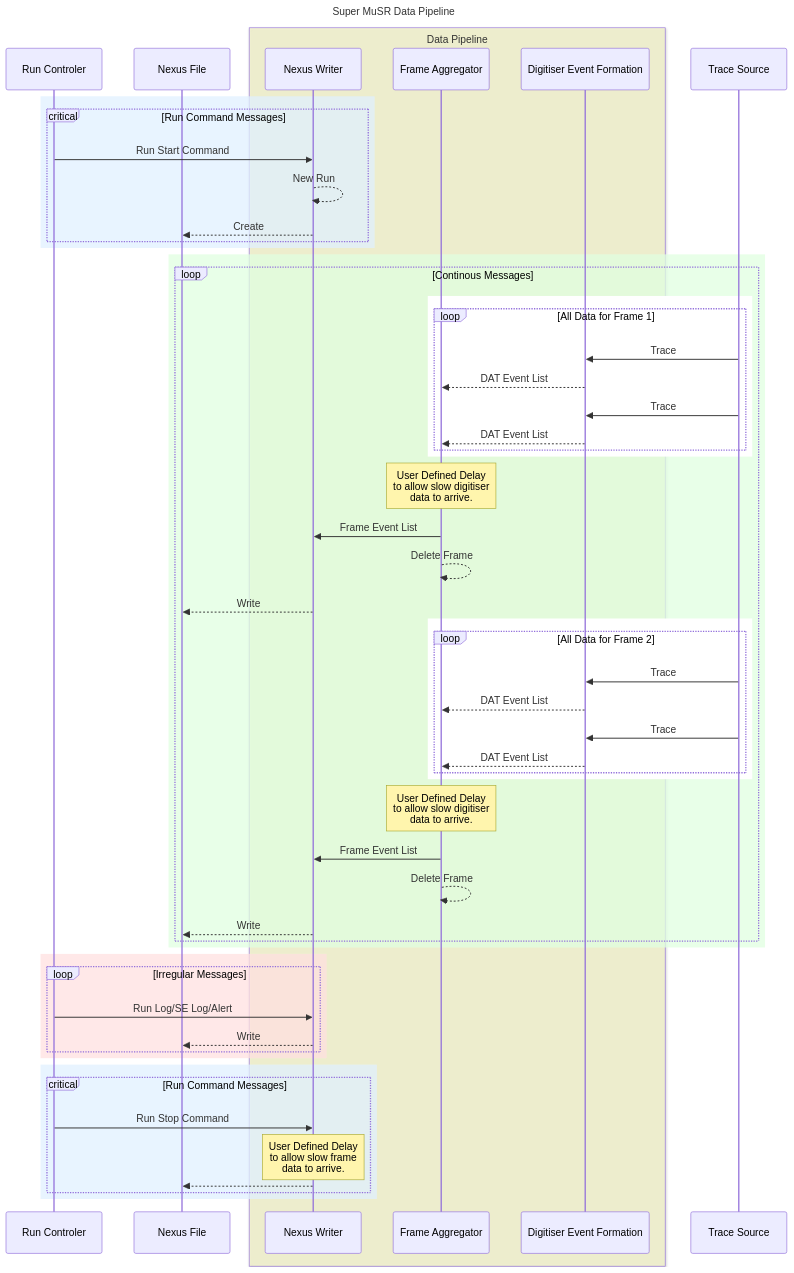
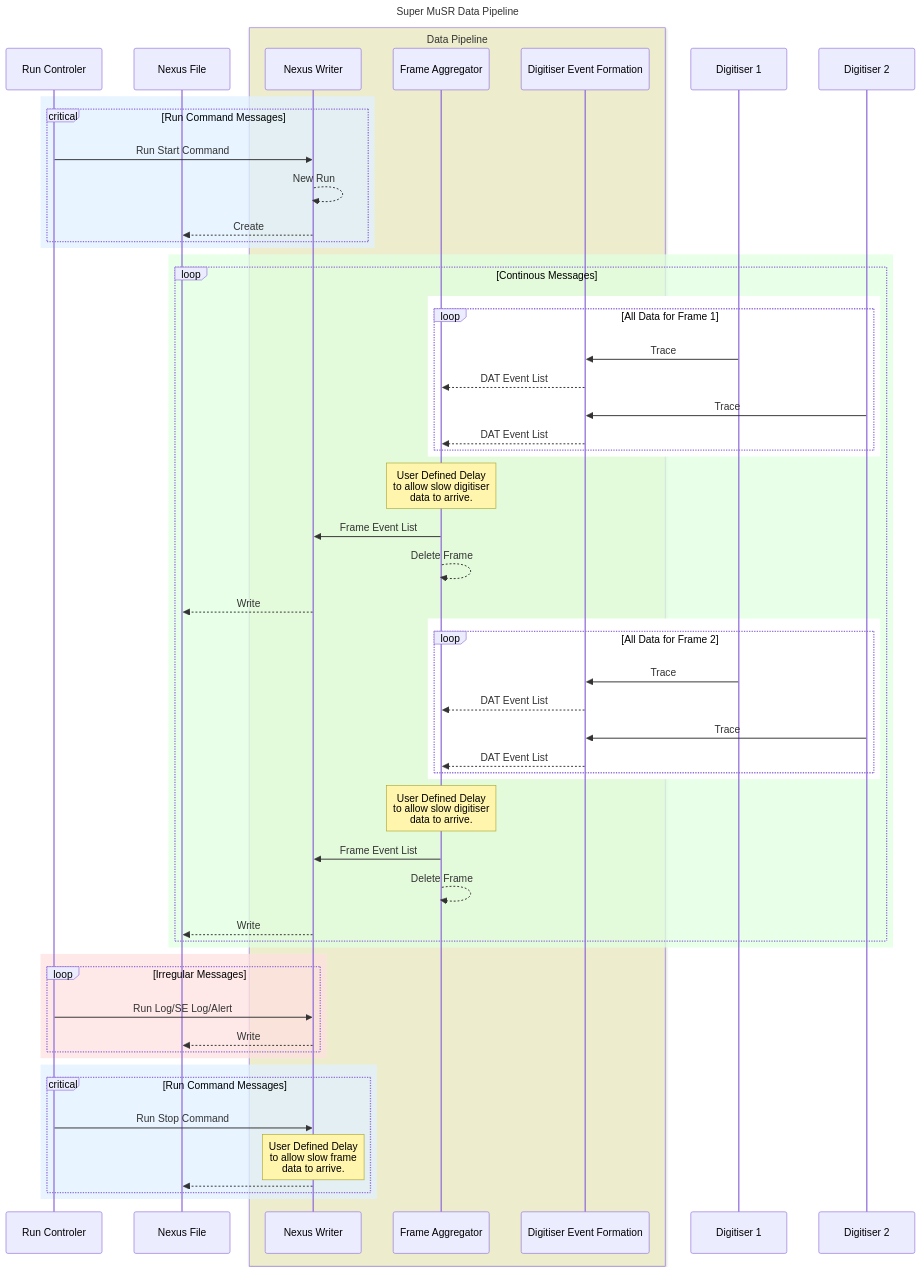
The diagram in docs/dataflow.md (Modularius/supermusr-data-pipeline), drawn with Mermaid before and after one commit.

Commit message:
More Digitisers

````diff
--- a/docs/dataflow.md
+++ b/docs/dataflow.md
@@ -1,66 +1,67 @@
 ```mermaid
 ---
 title: Super MuSR Data Pipeline
 ---
 sequenceDiagram
 participant C as Run Controler
 participant X as Nexus File
 box rgba(255,255,192,.5) Data Pipeline
     participant W as Nexus Writer
     participant A as Frame Aggregator
     participant E as Digitiser Event Formation
 end
-participant T as Trace Source
+participant T1 as Digitiser 1
+participant T2 as Digitiser 2
 
 rect rgba(224,240,255,0.75)
     critical Run Command Messages
         C ->> W: Run Start Command
         W -->> W: New Run
         W -->> X: Create
     end
 end
 
 rect rgba(224,255,224,.75)
     loop Continous Messages
         rect rgba(255,255,255,1)
             loop All Data for Frame 1
-                T ->> E: Trace
+                T1 ->> E: Trace
                 E -->> A: DAT Event List
-                T ->> E: Trace
+                T2 ->> E: Trace
                 E -->> A: DAT Event List
             end
         end
         note over A: User Defined Delay<br/>to allow slow digitiser<br/>data to arrive.
         A ->> W: Frame Event List
         A -->> A: Delete Frame
         W -->> X: Write
         rect rgba(255,255,255,1)
             loop All Data for Frame 2
-                T ->> E: Trace
+                T1 ->> E: Trace
                 E -->> A: DAT Event List
-                T ->> E: Trace
+                T2 ->> E: Trace
                 E -->> A: DAT Event List
             end
         end
         note over A: User Defined Delay<br/>to allow slow digitiser<br/>data to arrive.
         A ->> W: Frame Event List
         A -->> A: Delete Frame
         W -->> X: Write
     end
 end
 
 rect rgba(256,224,224,.75)
     loop Irregular Messages
         C ->> W: Run Log/SE Log/Alert
         W -->> X: Write
     end
 end
 
 rect rgba(224,240,255,0.75)
     critical Run Command Messages
     C ->> W: Run Stop Command
         note over W: User Defined Delay<br/>to allow slow frame<br/>data to arrive.
     W -->> X: 
     end
 end
 ```
````
